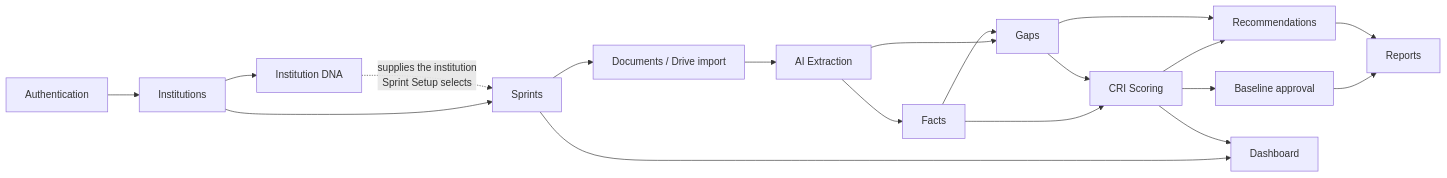
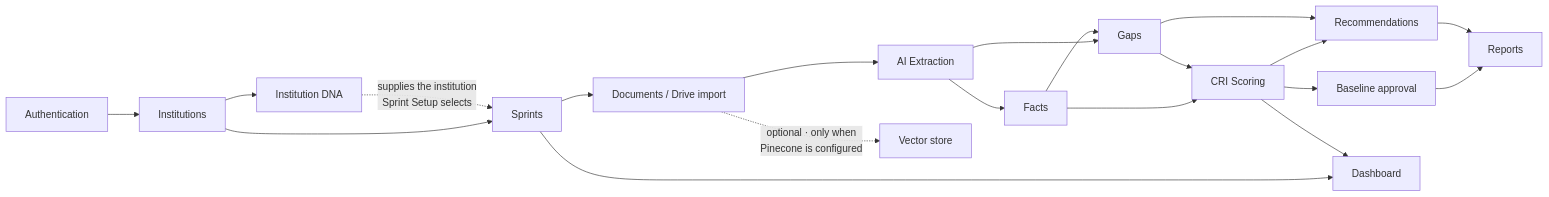
The fifth of 19 diagrams in PROJECT_WORKFLOW_AND_TECHNICAL_REPORT.md (jagadesh-alpha8/AI-READY), drawn with Mermaid before and after one commit. The commit also changed other lines of this file and 37 other files, not shown here.

````diff
--- a/PROJECT_WORKFLOW_AND_TECHNICAL_REPORT.md
+++ b/PROJECT_WORKFLOW_AND_TECHNICAL_REPORT.md
@@ -713,21 +860,22 @@
 ```mermaid
 graph LR
     AUTH[Authentication] --> INST[Institutions]
     INST --> DNA[Institution DNA]
     INST --> SPR[Sprints]
     SPR --> DOC[Documents / Drive import]
     DOC --> EXT[AI Extraction]
     EXT --> FACT[Facts]
     EXT --> GAP[Gaps]
     FACT --> GAP
     FACT --> SCORE[CRI Scoring]
     GAP --> SCORE
     SCORE --> BASE[Baseline approval]
     SCORE --> REC[Recommendations]
     GAP --> REC
     BASE --> REP[Reports]
     REC --> REP
     SPR --> DASH[Dashboard]
     SCORE --> DASH
     DNA -.->|"supplies the institution<br/>Sprint Setup selects"| SPR
+    DOC -.->|"optional · only when<br/>Pinecone is configured"| VEC[Vector store]
 ```
````
